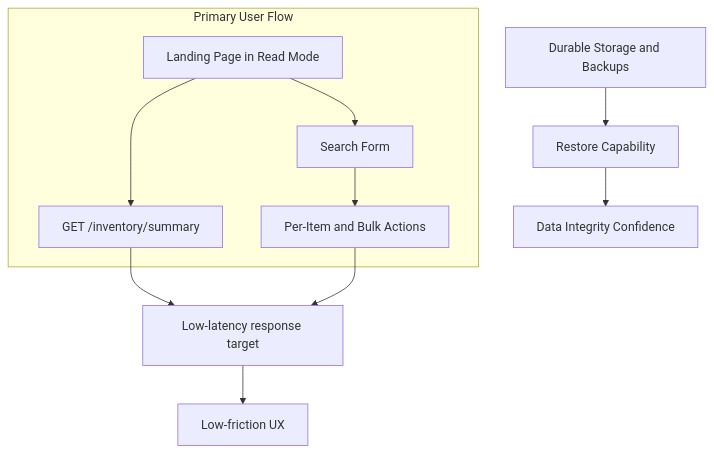
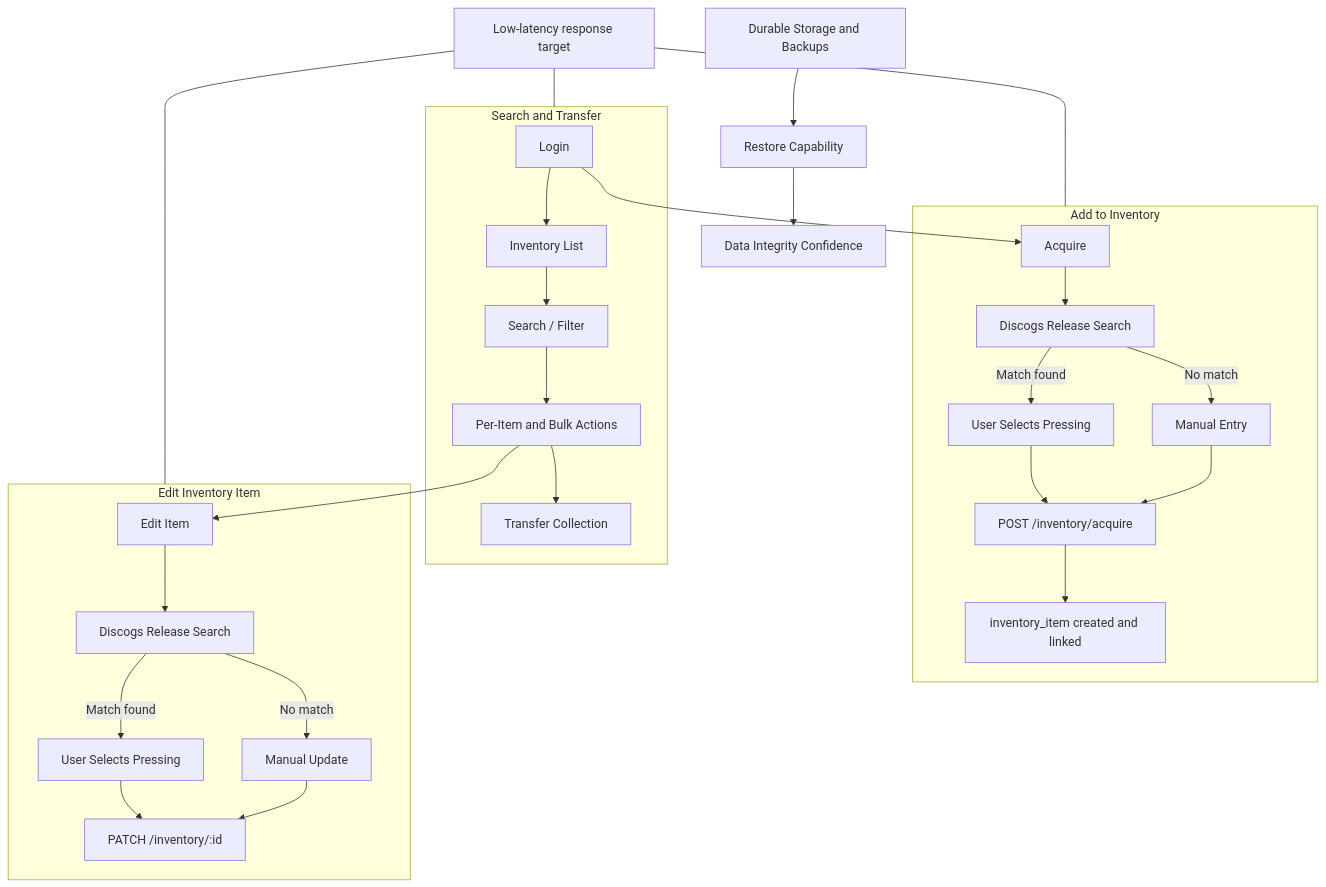
Before and after one commit to vrwmiller/records: the second of 4 diagrams in docs/architecture.md, drawn with Mermaid. The commit also changed other lines of this file and 2 other files, not shown here.

Commit message:
docs: align architecture and design docs with Discogs-as-core-UX-primitive

````diff
--- a/docs/architecture.md
+++ b/docs/architecture.md
@@ -37,15 +37,34 @@
 ```mermaid
 flowchart TD
-  subgraph RequestPath[Primary User Flow]
-    LP[Landing Page in Read Mode] --> SUM[GET /inventory/summary]
-    LP --> SRCH[Search Form]
+  subgraph Read[Search and Transfer]
+    LP[Login] --> INV[Inventory List]
+    INV --> SRCH[Search / Filter]
     SRCH --> ACT[Per-Item and Bulk Actions]
+    ACT --> XFR[Transfer Collection]
   end
 
-  SUM --> PERF[Low-latency response target]
-  ACT --> PERF
-  PERF --> UX[Low-friction UX]
+  subgraph Acquire[Add to Inventory]
+    LP --> AQ[Acquire]
+    AQ --> DSQ[Discogs Release Search]
+    DSQ -->|Match found| SEL[User Selects Pressing]
+    DSQ -->|No match| MAN[Manual Entry]
+    SEL --> POST[POST /inventory/acquire]
+    MAN --> POST
+    POST --> ITEM[inventory_item created and linked]
+  end
 
+  subgraph Edit[Edit Inventory Item]
+    ACT --> ED[Edit Item]
+    ED --> DSQ2[Discogs Release Search]
+    DSQ2 -->|Match found| SEL2[User Selects Pressing]
+    DSQ2 -->|No match| MAN2[Manual Update]
+    SEL2 --> PATCH[PATCH /inventory/:id]
+    MAN2 --> PATCH
+  end
+
+  PERF[Low-latency response target] --- Read
+  PERF --- Acquire
+  PERF --- Edit
   DURA[Durable Storage and Backups] --> REC[Restore Capability]
   REC --> TRUST[Data Integrity Confidence]
 ```
````
